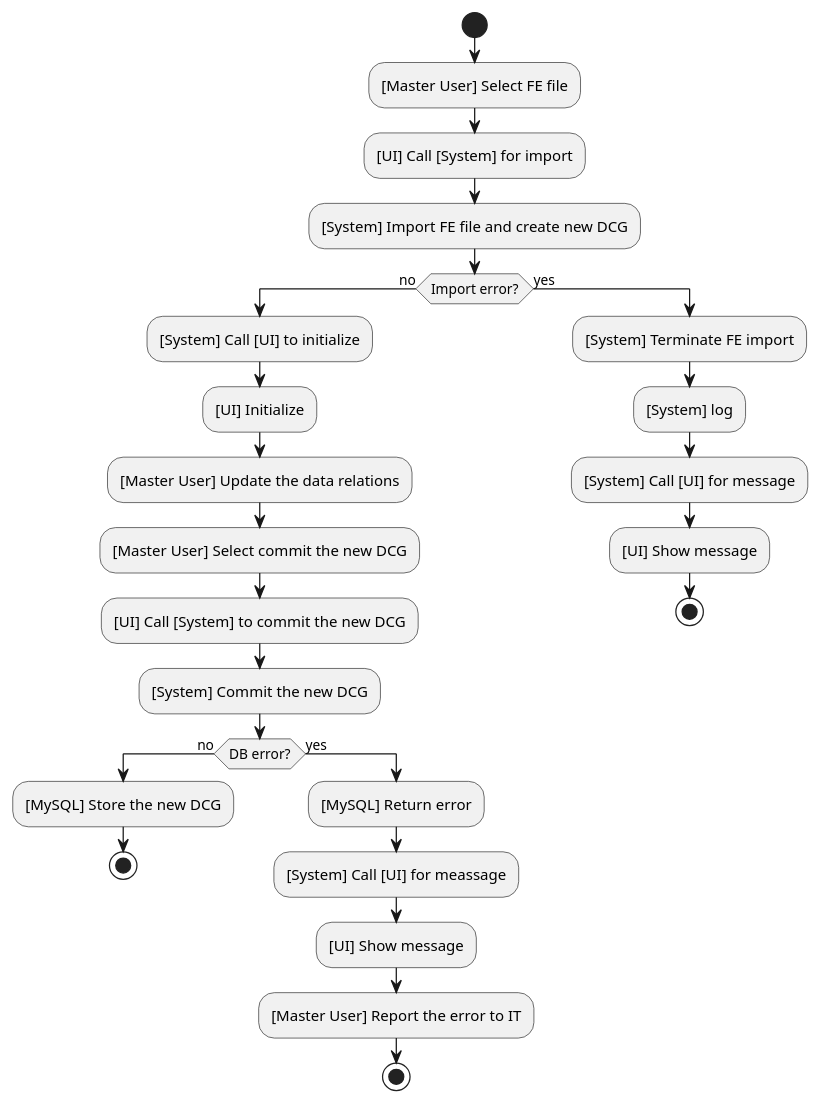
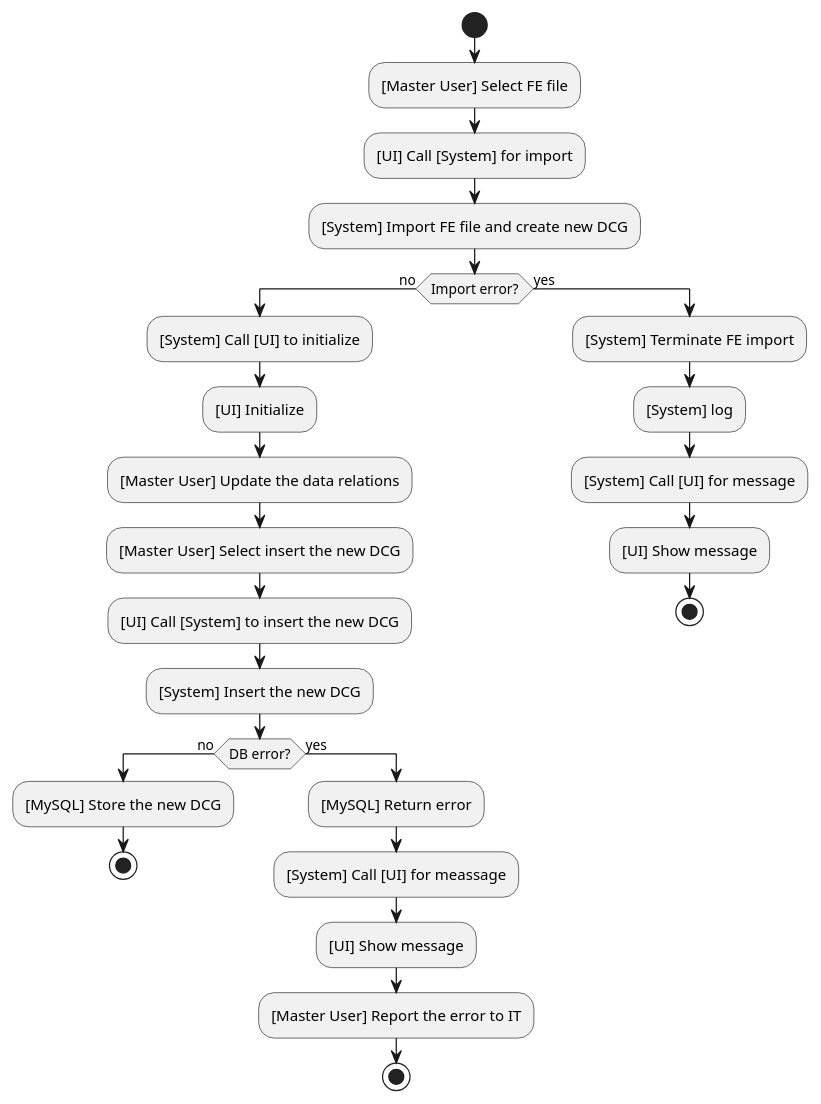
The diagram in uml/use_case_diagram_1.puml (BarisAlbayrakIEEE/StructuralAnalysis), drawn with PlantUML before and after one commit. The commit also changed 2 other files, not shown here.

```diff
--- a/uml/use_case_diagram_1.puml
+++ b/uml/use_case_diagram_1.puml
@@ -1,36 +1,36 @@
 @startuml use_case_diagram_1
 
 start
 :[Master User] Select FE file;
 :[UI] Call [System] for import;
 :[System] Import FE file and create new DCG;
 
 if (Import error?) then (no)
   :[System] Call [UI] to initialize;
   :[UI] Initialize;
   :[Master User] Update the data relations;
-  :[Master User] Select commit the new DCG;
-  :[UI] Call [System] to commit the new DCG;
-  :[System] Commit the new DCG;
+  :[Master User] Select insert the new DCG;
+  :[UI] Call [System] to insert the new DCG;
+  :[System] Insert the new DCG;
 
   if (DB error?) then (no)
     :[MySQL] Store the new DCG;
     stop;
   else (yes)
     :[MySQL] Return error;
     :[System] Call [UI] for meassage;
     :[UI] Show message;
     :[Master User] Report the error to IT;
 
     stop;
   endif
 else (yes)
   :[System] Terminate FE import;
   :[System] log;
   :[System] Call [UI] for message;
   :[UI] Show message;
 
   stop;
 endif
 
 @enduml
```
